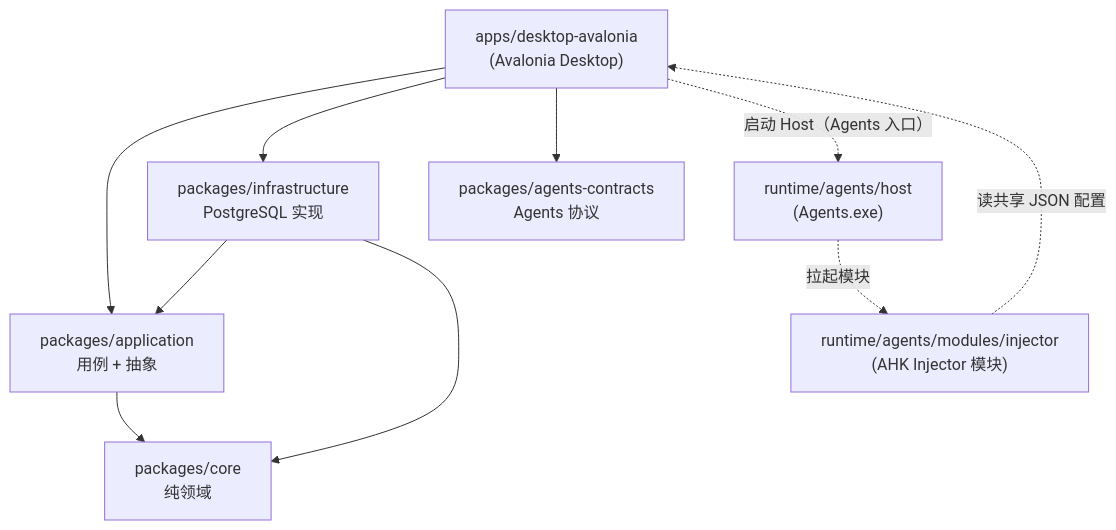
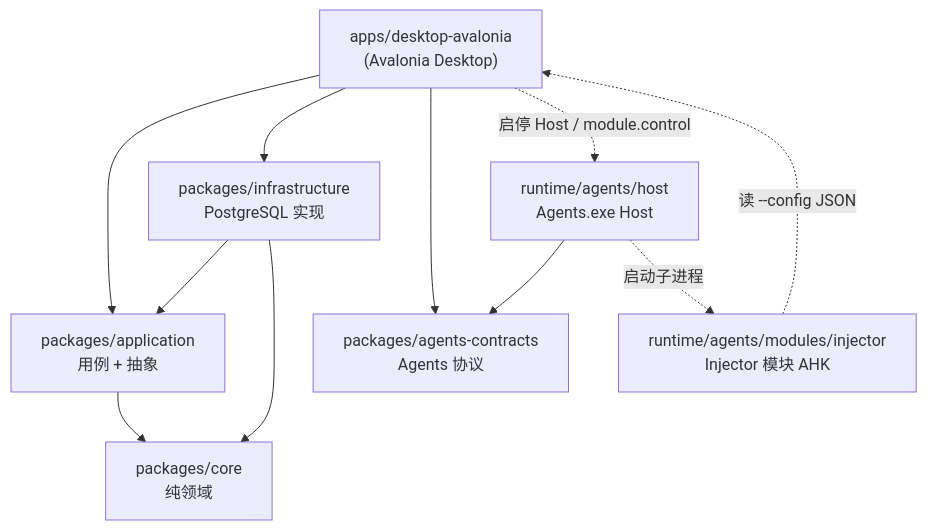
The diagram in docs/architecture/layering.md (pacmandoh/pactoolkits), drawn with Mermaid before and after one commit. The commit also changed other lines of this file and 8 other files, not shown here.

Commit message:
docs: document Agents Host runtime and drop extraction plan

````diff
--- a/docs/architecture/layering.md
+++ b/docs/architecture/layering.md
@@ -7,20 +7,21 @@
 ```mermaid
 flowchart TB
     DESKTOP["apps/desktop-avalonia\n(Avalonia Desktop)"]
     APP["packages/application\n用例 + 抽象"]
     INF["packages/infrastructure\nPostgreSQL 实现"]
     CORE["packages/core\n纯领域"]
     AGENT["packages/agents-contracts\nAgents 协议"]
-    AHK["runtime/agents/modules/injector\n(AHK Injector 模块)"]
-    HOST["runtime/agents/host\n(Agents.exe)"]
+    HOST["runtime/agents/host\nAgents.exe Host"]
+    INJ["runtime/agents/modules/injector\nInjector 模块 AHK"]
 
     DESKTOP --> APP
     DESKTOP --> INF
     DESKTOP --> AGENT
+    HOST --> AGENT
     INF --> APP
     INF --> CORE
     APP --> CORE
-    DESKTOP -.->|启动 Host（Agents 入口）| HOST
-    HOST -.->|拉起模块| AHK
-    AHK -.->|读共享 JSON 配置| DESKTOP
+    DESKTOP -.->|启停 Host / module.control| HOST
+    HOST -.->|启动子进程| INJ
+    INJ -.->|读 --config JSON| DESKTOP
 ```
````
